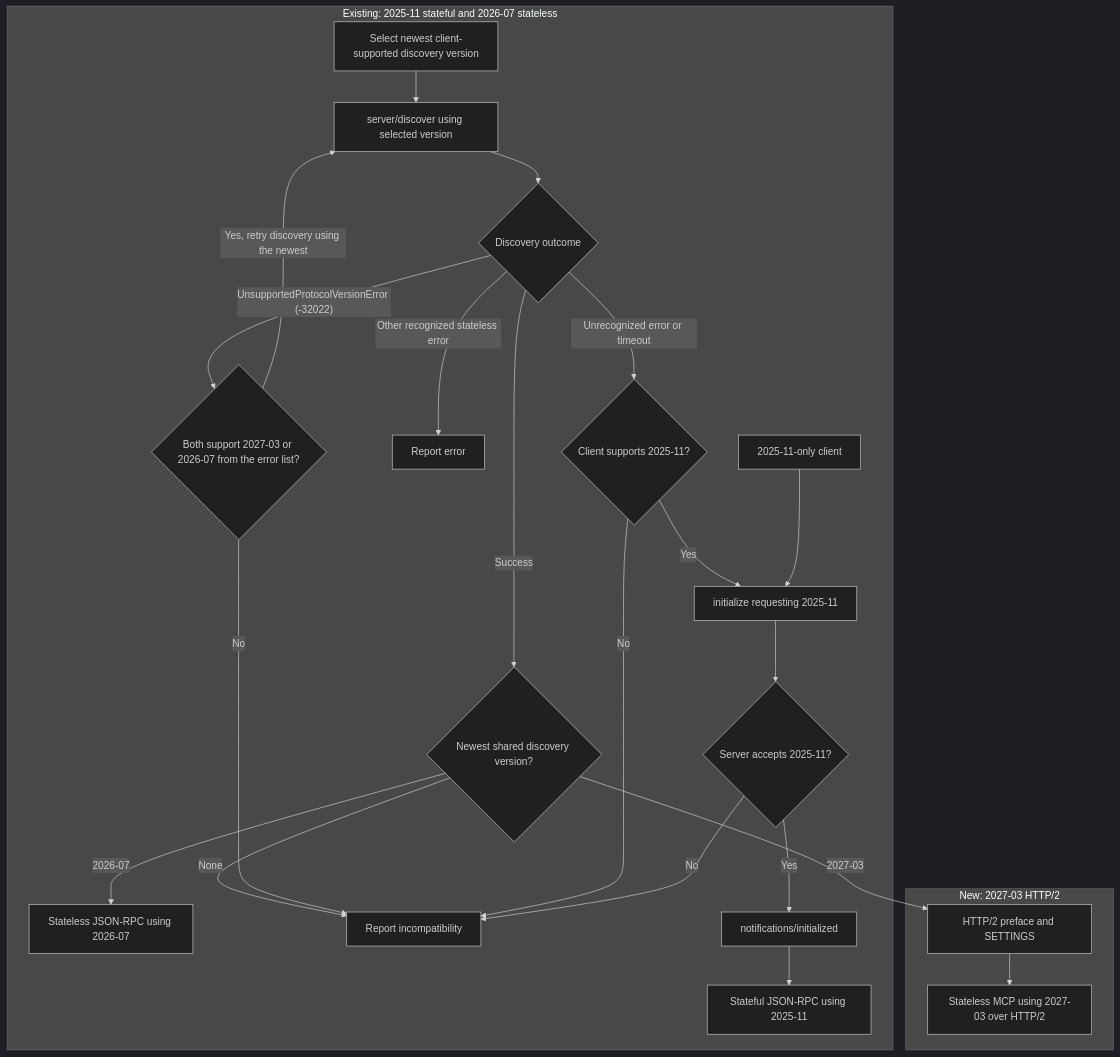
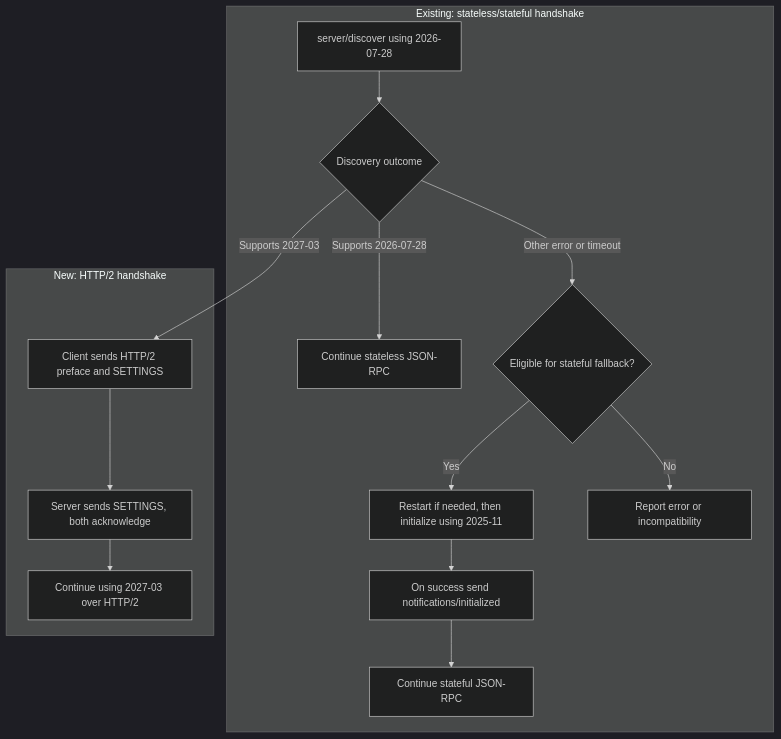
Before and after one commit to modelcontextprotocol/transports-wg: the second of 2 diagrams in proposals/http-over-stdio/negotiation-proposal.md, drawn with Mermaid (dark theme). The commit also changed other lines of this file, not shown here.

Commit message:
docs: clarify discovery bootstrap and stateful fallback

````diff
--- a/proposals/http-over-stdio/negotiation-proposal.md
+++ b/proposals/http-over-stdio/negotiation-proposal.md
@@ -79,26 +81,17 @@
 ```mermaid
 flowchart TD
-    subgraph Existing["Existing: 2025-11 stateful and 2026-07 stateless"]
-        Start["Select newest client-supported discovery version"] --> Discover["server/discover using selected version"]
-        Discover --> Result{"Discovery outcome"}
-        Result -->|Success| Shared{"Newest shared discovery version?"}
-        Shared -->|2026-07| STDIO["Stateless JSON-RPC using 2026-07"]
-        Shared -->|None| Fail["Report incompatibility"]
-        Result -->|"UnsupportedProtocolVersionError (-32022)"| Retry{"Both support 2027-03 or 2026-07 from the error list?"}
-        Retry -->|Yes, retry discovery using the newest| Discover
-        Retry -->|No| Fail
-        Result -->|Other recognized stateless error| Error["Report error"]
-        Result -->|Unrecognized error or timeout| Stateful{"Client supports 2025-11?"}
-        Stateful -->|No| Fail
-        Stateful -->|Yes| Init["initialize requesting 2025-11"]
-        Older["2025-11-only client"] --> Init
-        Init --> Compatible{"Server accepts 2025-11?"}
-        Compatible -->|No| Fail
-        Compatible -->|Yes| Ready["notifications/initialized"]
-        Ready --> Legacy["Stateful JSON-RPC using 2025-11"]
+    subgraph Existing["Existing: stateless/stateful handshake"]
+        Discover["server/discover using 2026-07-28"] --> Result{"Discovery outcome"}
+        Result -->|Supports 2026-07-28| STDIO["Continue stateless JSON-RPC"]
+        Result -->|Other error or timeout| Fallback{"Eligible for stateful fallback?"}
+        Fallback -->|Yes| Init["Restart if needed, then initialize using 2025-11"]
+        Fallback -->|No| Fail["Report error or incompatibility"]
+        Init --> Ready["On success send notifications/initialized"]
+        Ready --> Stateful["Continue stateful JSON-RPC"]
     end
-    subgraph Transport["New: 2027-03 HTTP/2"]
-        HTTP["HTTP/2 preface and SETTINGS"] --> New["Stateless MCP using 2027-03 over HTTP/2"]
+    subgraph HTTP2["New: HTTP/2 handshake"]
+        Preface["Client sends HTTP/2 preface and SETTINGS"] --> Settings["Server sends SETTINGS, both acknowledge"]
+        Settings --> HTTP["Continue using 2027-03 over HTTP/2"]
     end
-    Shared -->|2027-03| HTTP
+    Result -->|Supports 2027-03| Preface
 ```
````
